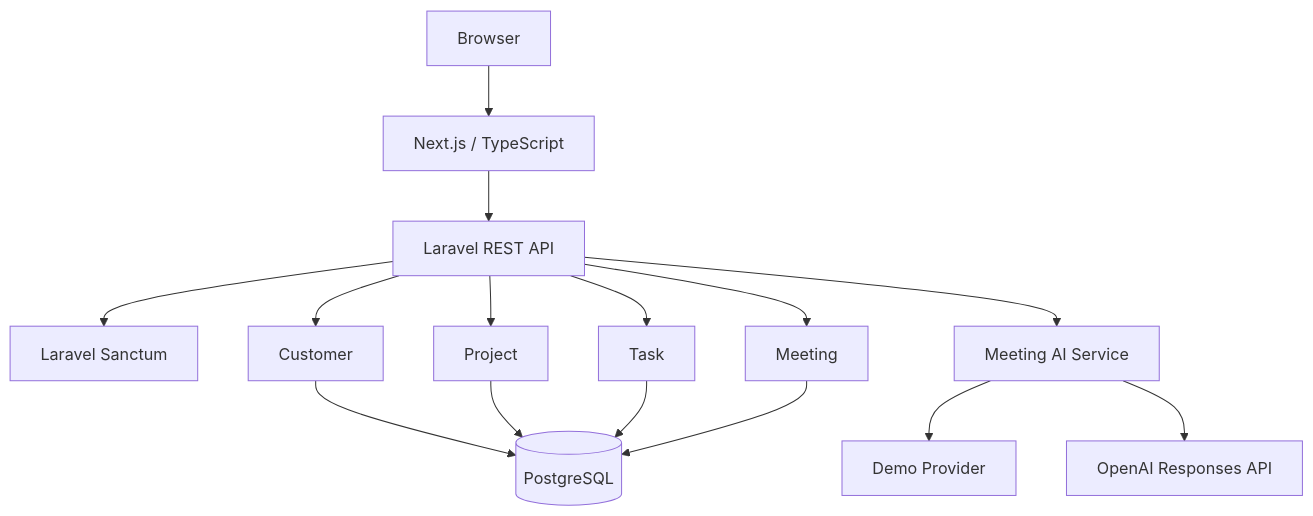
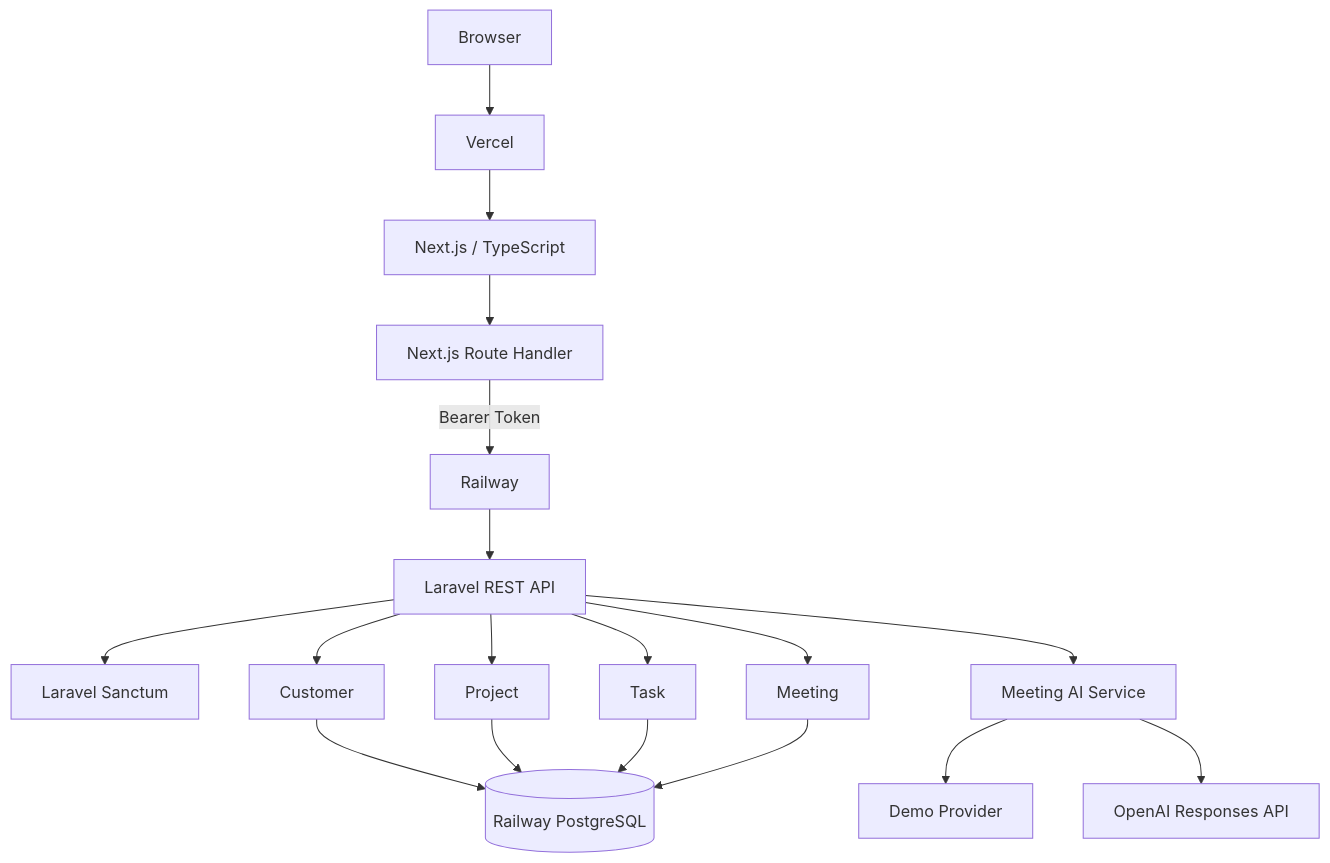
Before and after one commit to simanuki0923/salesflow-ai: the diagram in README.md, drawn with Mermaid. The commit also changed other lines of this file, not shown here.

````diff
--- a/README.md
+++ b/README.md
@@ -208,38 +289,46 @@
 ```mermaid
 flowchart TD
     Browser[Browser]
 
+    Vercel[Vercel]
     Next[Next.js / TypeScript]
+    Proxy[Next.js Route Handler]
+
+    Railway[Railway]
     Laravel[Laravel REST API]
     Auth[Laravel Sanctum]
 
     Customer[Customer]
     Project[Project]
     Task[Task]
     Meeting[Meeting]
 
     AIService[Meeting AI Service]
     Demo[Demo Provider]
     OpenAI[OpenAI Responses API]
 
-    DB[(PostgreSQL)]
+    DB[(Railway PostgreSQL)]
 
-    Browser --> Next
-    Next --> Laravel
+    Browser --> Vercel
+    Vercel --> Next
+    Next --> Proxy
+
+    Proxy -->|Bearer Token| Railway
+    Railway --> Laravel
     Laravel --> Auth
 
     Laravel --> Customer
     Laravel --> Project
     Laravel --> Task
     Laravel --> Meeting
 
     Customer --> DB
     Project --> DB
     Task --> DB
     Meeting --> DB
 
     Laravel --> AIService
 
     AIService --> Demo
     AIService --> OpenAI
 ```
````
